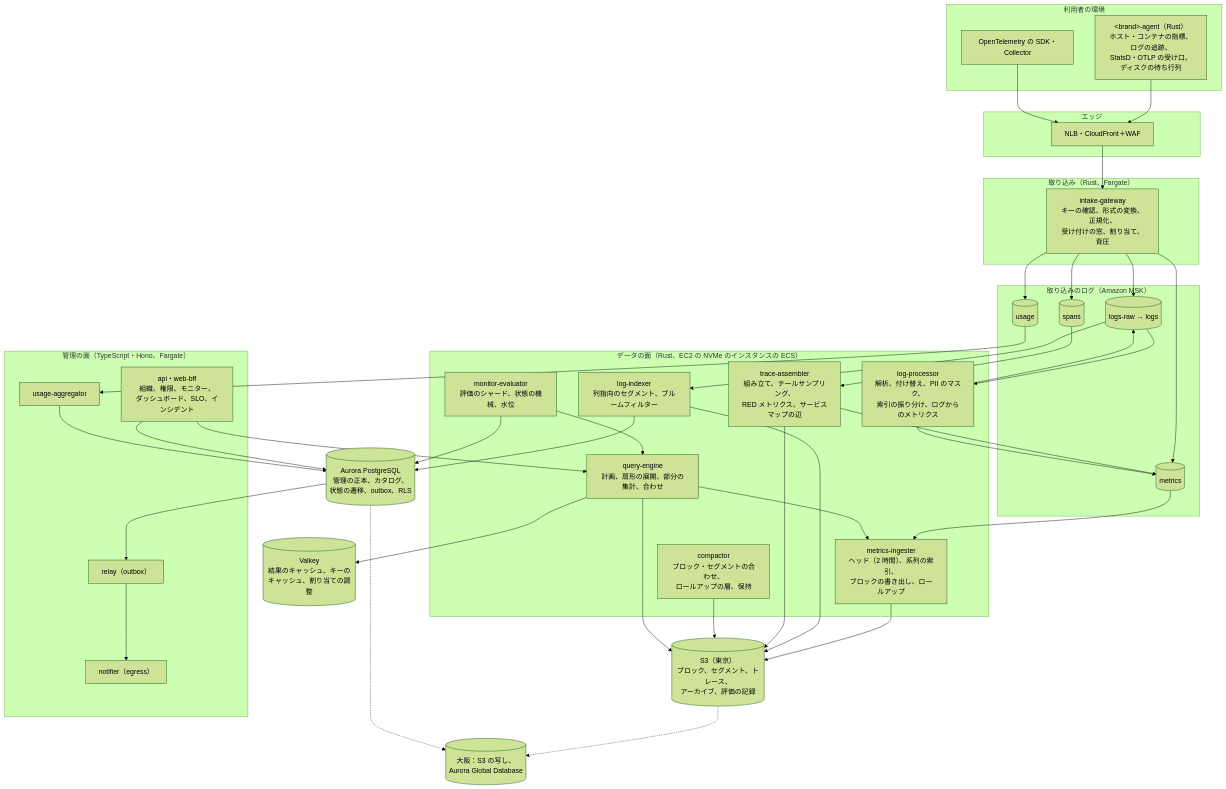
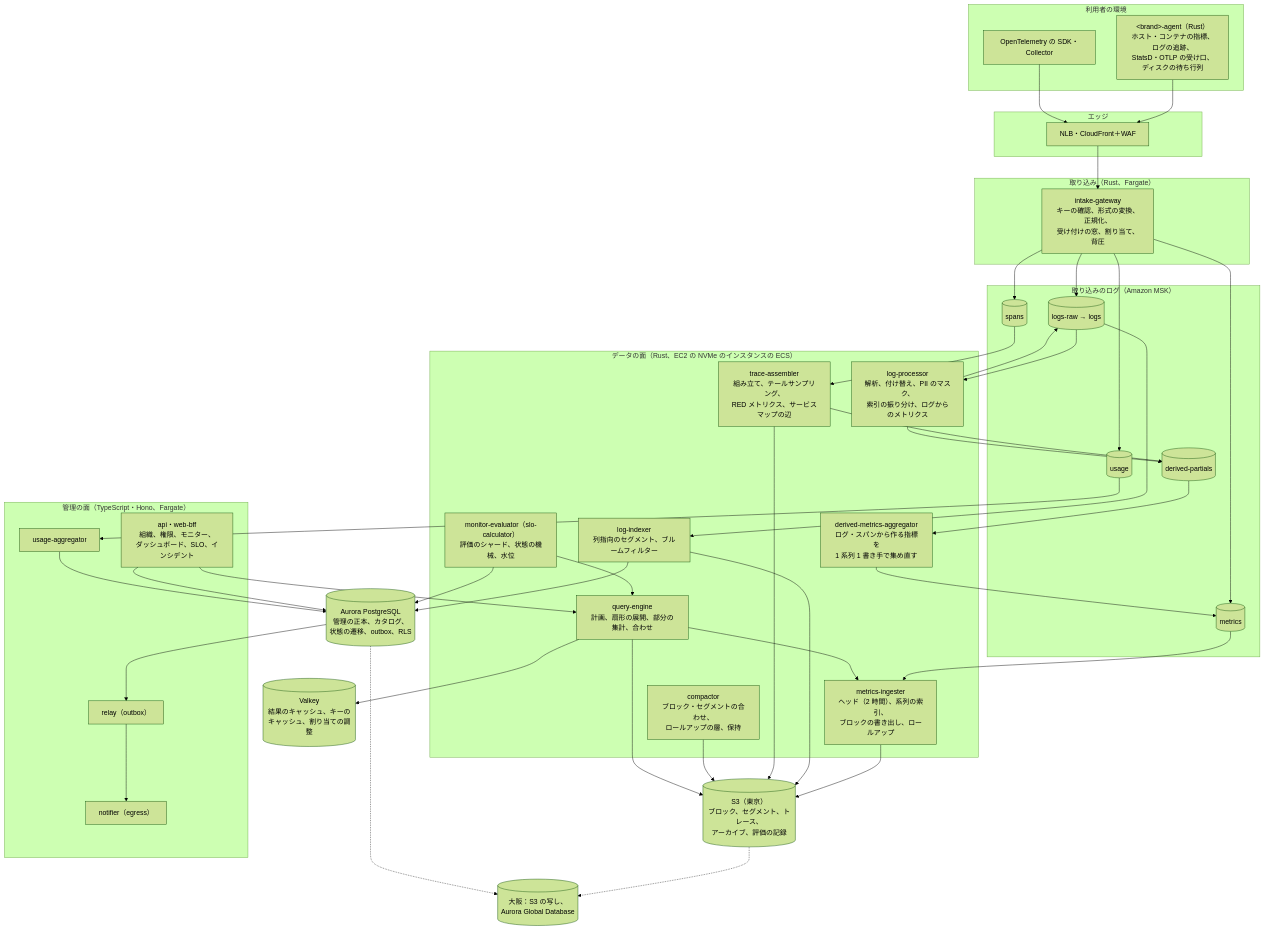
One commit to shoito/rebuilds changed the diagram in systems/datadog/docs/architecture/README.md. Above: the diagram before and after it, drawn with Mermaid (forest theme). The commit also changed other lines of this file and 41 other files, not shown here.

````diff
--- a/systems/datadog/docs/architecture/README.md
+++ b/systems/datadog/docs/architecture/README.md
@@ -26,77 +26,81 @@
 ```mermaid
 flowchart TB
     subgraph src["利用者の環境"]
         agent["&lt;brand&gt;-agent（Rust）<br/>ホスト・コンテナの指標、ログの追跡、<br/>StatsD・OTLP の受け口、ディスクの待ち行列"]
         otel["OpenTelemetry の SDK・Collector"]
     end
 
     subgraph edge["エッジ"]
         nlb["NLB・CloudFront＋WAF"]
     end
 
     subgraph intake["取り込み（Rust、Fargate）"]
         gw["intake-gateway<br/>キーの確認、形式の変換、正規化、<br/>受け付けの窓、割り当て、背圧"]
     end
 
     subgraph bus["取り込みのログ（Amazon MSK）"]
         tm[("metrics")]
         tl[("logs-raw → logs")]
         ts[("spans")]
         tu[("usage")]
+        td[("derived-partials")]
     end
 
     subgraph dataplane["データの面（Rust、EC2 の NVMe のインスタンスの ECS）"]
         ing["metrics-ingester<br/>ヘッド（2 時間）、系列の索引、<br/>ブロックの書き出し、ロールアップ"]
         lp["log-processor<br/>解析、付け替え、PII のマスク、<br/>索引の振り分け、ログからのメトリクス"]
         li["log-indexer<br/>列指向のセグメント、ブルームフィルター"]
         ta["trace-assembler<br/>組み立て、テールサンプリング、<br/>RED メトリクス、サービスマップの辺"]
         comp["compactor<br/>ブロック・セグメントの合わせ、<br/>ロールアップの層、保持"]
         q["query-engine<br/>計画、扇形の展開、部分の集計、合わせ"]
-        ev["monitor-evaluator<br/>評価のシャード、状態の機械、水位"]
+        ev["monitor-evaluator（slo-calculator）<br/>評価のシャード、状態の機械、水位"]
+        dm["derived-metrics-aggregator<br/>ログ・スパンから作る指標を<br/>1 系列 1 書き手で集め直す"]
     end
 
     subgraph control["管理の面（TypeScript・Hono、Fargate）"]
         api["api・web-bff<br/>組織、権限、モニター、<br/>ダッシュボード、SLO、インシデント"]
         relay["relay（outbox）"]
         notif["notifier（egress）"]
         meter["usage-aggregator"]
     end
 
     s3[("S3（東京）<br/>ブロック、セグメント、トレース、<br/>アーカイブ、評価の記録")]
     aurora[("Aurora PostgreSQL<br/>管理の正本、カタログ、<br/>状態の遷移、outbox、RLS")]
     valkey[("Valkey<br/>結果のキャッシュ、キーの<br/>キャッシュ、割り当ての調整")]
     osaka[("大阪：S3 の写し、<br/>Aurora Global Database")]
 
     agent --> nlb
     otel --> nlb
     nlb --> gw
     gw --> tm
     gw --> tl
     gw --> ts
     gw --> tu
     tm --> ing
     tl --> lp
     lp --> tl
     tl --> li
     ts --> ta
-    ta --> tm
-    lp --> tm
+    ta --> td
+    lp --> td
+    td --> dm
+    dm --> tm
     ing --> s3
     li --> s3
     ta --> s3
     comp --> s3
     li --> aurora
     q --> ing
     q --> s3
     q --> valkey
     ev --> q
     ev --> aurora
     api --> q
     api --> aurora
     aurora --> relay
     relay --> notif
     tu --> meter
     meter --> aurora
     s3 -.-> osaka
     aurora -.-> osaka
 ```
````
